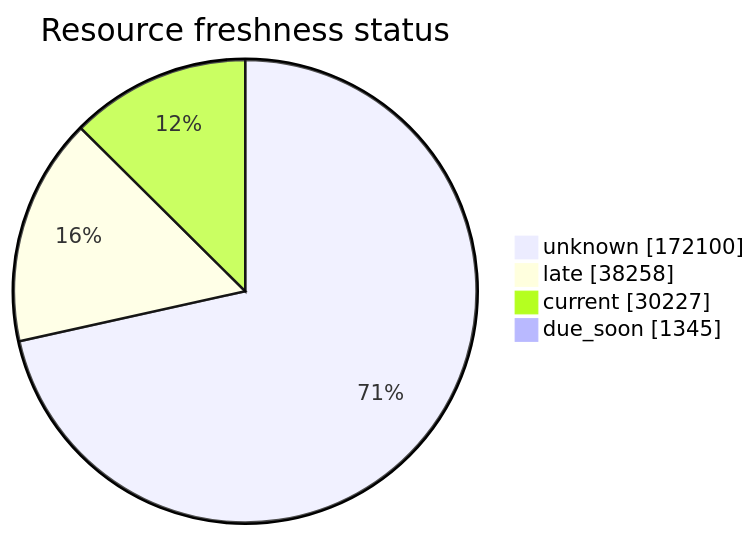
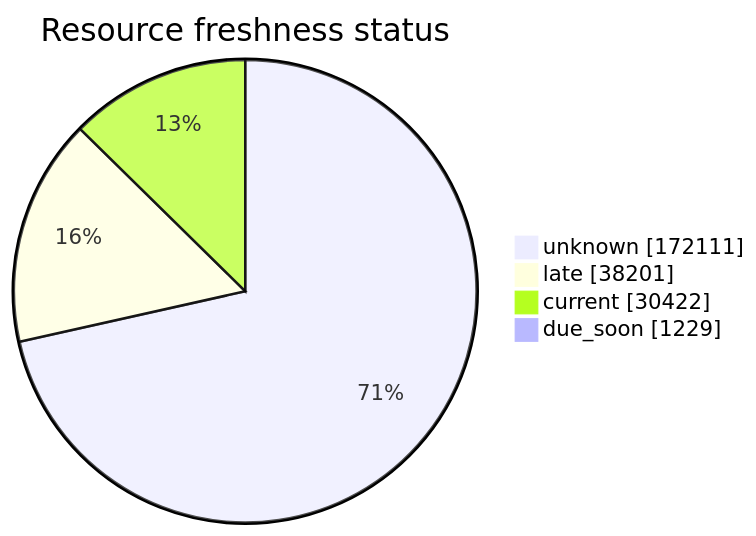
One commit to open-data/analytics-corporate-reporting changed the third of 5 diagrams in FreshCheck/README.md. Above: the diagram before and after it, drawn with Mermaid. The commit also changed other lines of this file and 3 other files, not shown here.

````diff
--- a/FreshCheck/README.md
+++ b/FreshCheck/README.md
@@ -77,7 +77,7 @@
 ```mermaid
 pie showData title Resource freshness status
-    "unknown": 172100
-    "late": 38258
-    "current": 30227
-    "due_soon": 1345
+    "unknown": 172111
+    "late": 38201
+    "current": 30422
+    "due_soon": 1229
 ```
````
